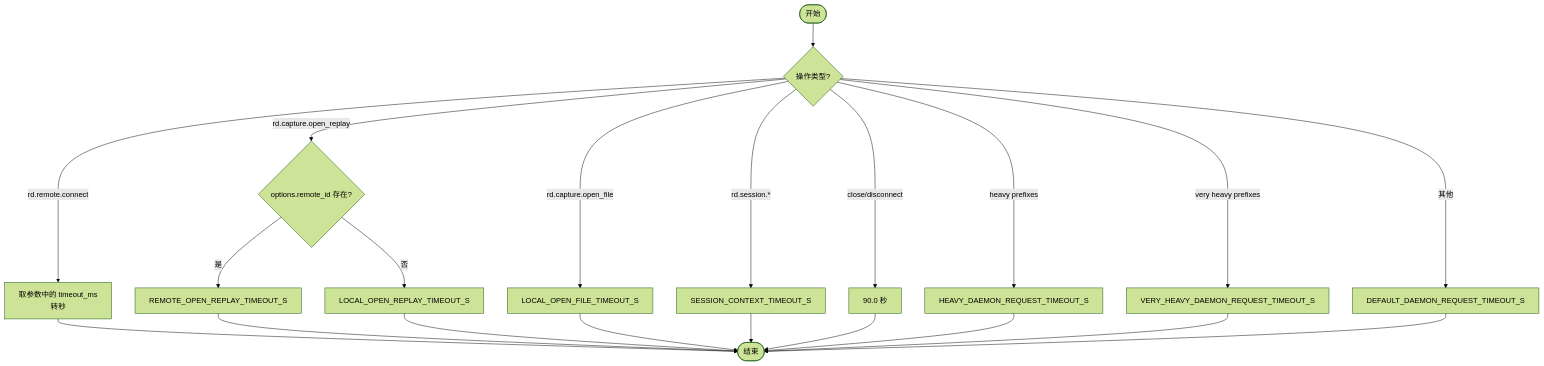
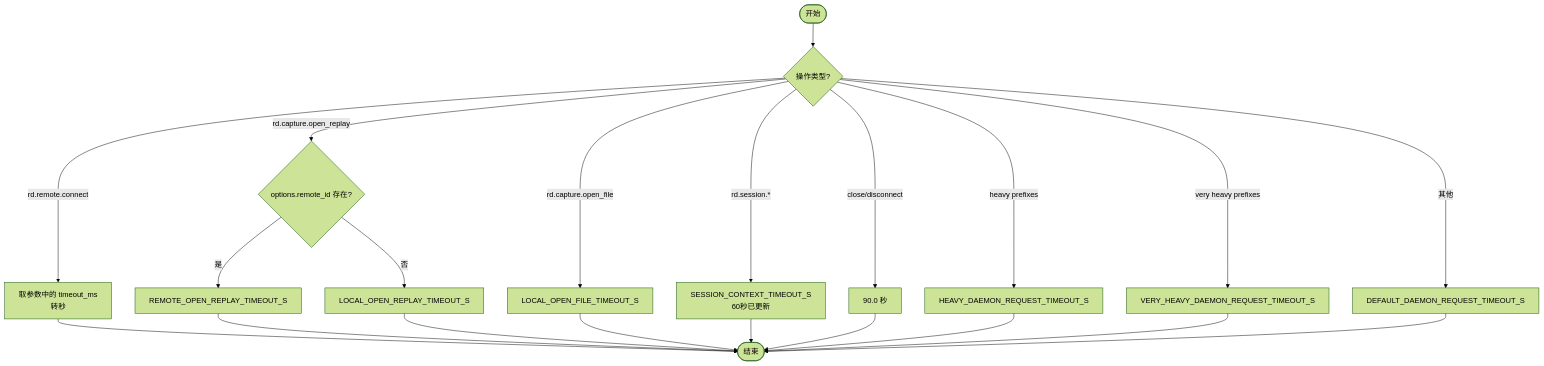
The third of 5 diagrams in .qoder/repowiki/zh/content/运行时管理/超时策略管理.md (haolange/RDC-Tool), drawn with Mermaid (forest theme) before and after one commit. The commit also changed other lines of this file and 56 other files, not shown here.

````diff
--- a/.qoder/repowiki/zh/content/运行时管理/超时策略管理.md
+++ b/.qoder/repowiki/zh/content/运行时管理/超时策略管理.md
@@ -121,23 +141,23 @@
 ```mermaid
 flowchart TD
 Start(["开始"]) --> CheckOp{"操作类型?"}
 CheckOp --> |rd.remote.connect| RemoteConn["取参数中的 timeout_ms<br/>转秒"]
 CheckOp --> |rd.capture.open_replay| OpenReplay{"options.remote_id 存在?"}
 OpenReplay --> |是| RemoteOpen["REMOTE_OPEN_REPLAY_TIMEOUT_S"]
 OpenReplay --> |否| LocalOpen["LOCAL_OPEN_REPLAY_TIMEOUT_S"]
 CheckOp --> |rd.capture.open_file| OpenFile["LOCAL_OPEN_FILE_TIMEOUT_S"]
-CheckOp --> |rd.session.*| SessionCtx["SESSION_CONTEXT_TIMEOUT_S"]
+CheckOp --> |rd.session.*| SessionCtx["SESSION_CONTEXT_TIMEOUT_S<br/>60秒已更新"]
 CheckOp --> |close/disconnect| CloseDisc["90.0 秒"]
 CheckOp --> |heavy prefixes| Heavy["HEAVY_DAEMON_REQUEST_TIMEOUT_S"]
 CheckOp --> |very heavy prefixes| VeryHeavy["VERY_HEAVY_DAEMON_REQUEST_TIMEOUT_S"]
 CheckOp --> |其他| Default["DEFAULT_DAEMON_REQUEST_TIMEOUT_S"]
 RemoteConn --> End(["结束"])
 RemoteOpen --> End
 LocalOpen --> End
 OpenFile --> End
 SessionCtx --> End
 CloseDisc --> End
 Heavy --> End
 VeryHeavy --> End
 Default --> End
 ```
````
